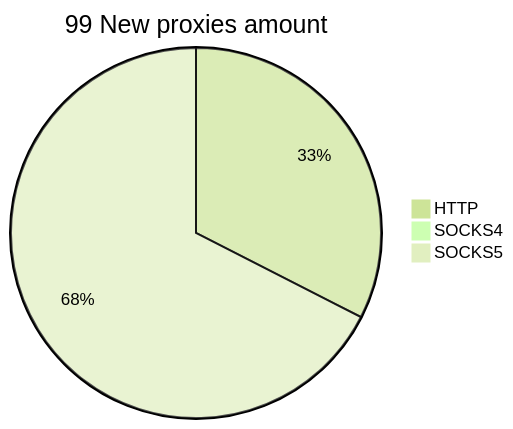
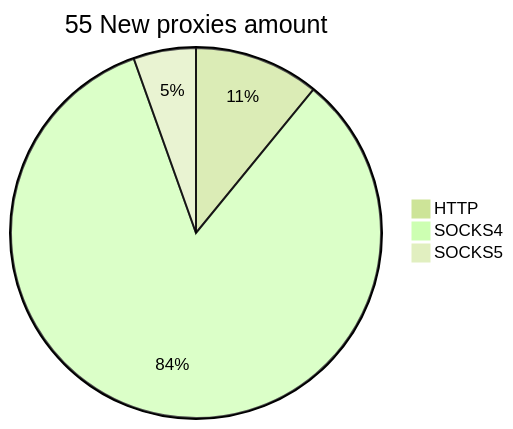
Before and after one commit to cutipu/proxylist: the second of 2 diagrams in README.md, drawn with Mermaid (forest theme). The commit also changed other lines of this file, not shown here.

````diff
--- a/README.md
+++ b/README.md
@@ -10,6 +10,6 @@
 ```mermaid
-pie title 99 New proxies amount
-    "HTTP" : 39
-    "SOCKS4" : 0
-    "SOCKS5" : 81
+pie title 55 New proxies amount
+    "HTTP" : 6
+    "SOCKS4" : 46
+    "SOCKS5" : 3
 ```
````
